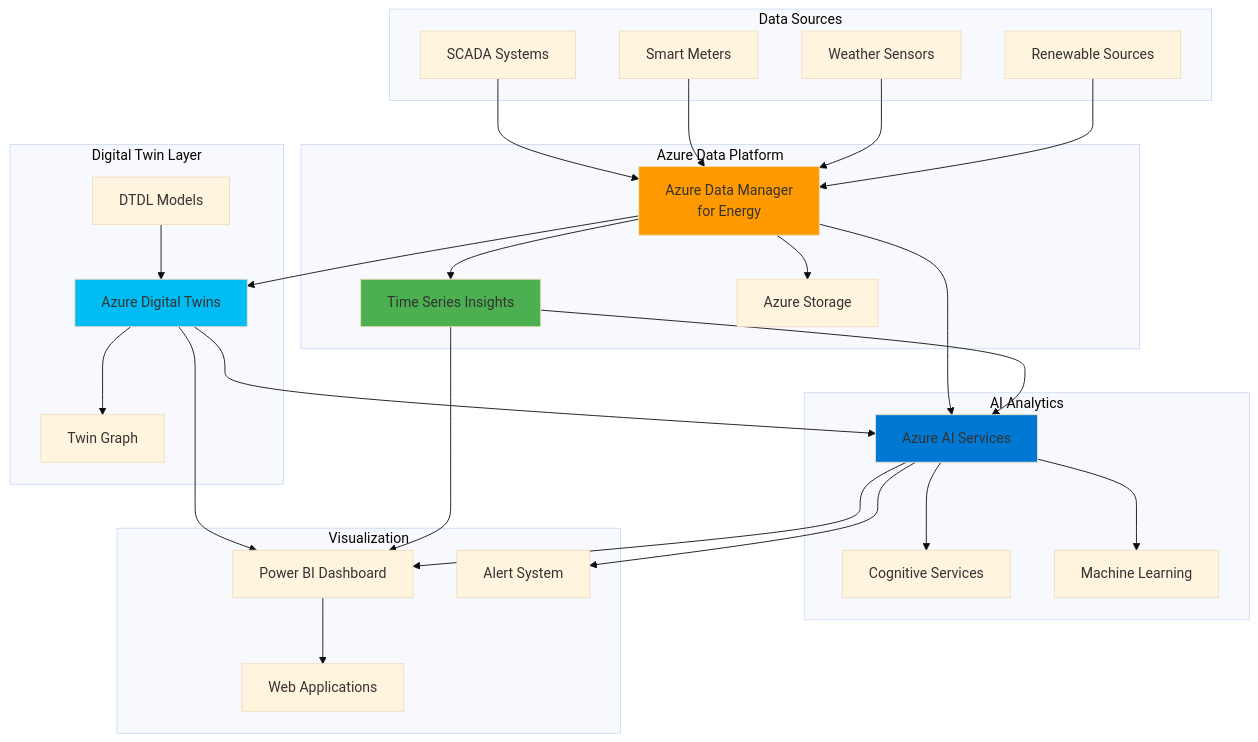
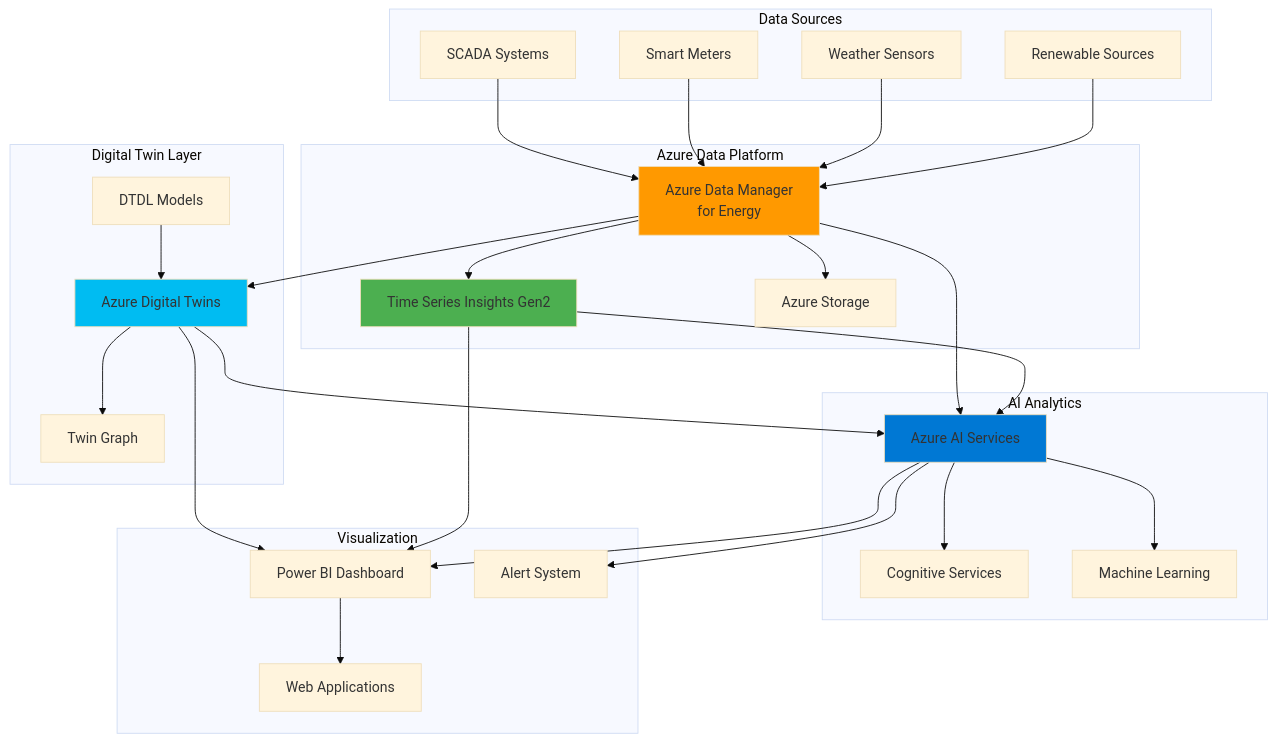
One commit to mzazon/awesome-cloud-projects changed the diagram in azure/smart-energy-grid-analytics-digital-twins/smart-energy-grid-analytics-digital-twins.md. Above: the diagram before and after it, drawn with Mermaid (base theme). The commit also changed other lines of this file and 5581 other files, not shown here.

````diff
--- a/azure/smart-energy-grid-analytics-digital-twins/smart-energy-grid-analytics-digital-twins.md
+++ b/azure/smart-energy-grid-analytics-digital-twins/smart-energy-grid-analytics-digital-twins.md
@@ -30,64 +30,64 @@
 ```mermaid
 graph TB
     subgraph "Data Sources"
         SCADA[SCADA Systems]
         SMART[Smart Meters]
         WEATHER[Weather Sensors]
         RENEWABLE[Renewable Sources]
     end
     
     subgraph "Azure Data Platform"
         ADM[Azure Data Manager<br/>for Energy]
-        TSI[Time Series Insights]
+        TSI[Time Series Insights Gen2]
         STORAGE[Azure Storage]
     end
     
     subgraph "Digital Twin Layer"
         ADT[Azure Digital Twins]
         DTDL[DTDL Models]
         GRAPH[Twin Graph]
     end
     
     subgraph "AI Analytics"
         AI[Azure AI Services]
         COGNITIVE[Cognitive Services]
         ML[Machine Learning]
     end
     
     subgraph "Visualization"
         DASHBOARD[Power BI Dashboard]
         WEB[Web Applications]
         ALERTS[Alert System]
     end
     
     SCADA --> ADM
     SMART --> ADM
     WEATHER --> ADM
     RENEWABLE --> ADM
     
     ADM --> TSI
     ADM --> STORAGE
     ADM --> ADT
     
     DTDL --> ADT
     ADT --> GRAPH
     
     ADM --> AI
     TSI --> AI
     ADT --> AI
     
     AI --> COGNITIVE
     AI --> ML
     
     ADT --> DASHBOARD
     AI --> DASHBOARD
     TSI --> DASHBOARD
     
     DASHBOARD --> WEB
     AI --> ALERTS
     
     style ADM fill:#FF9900
     style ADT fill:#00BCF2
     style AI fill:#0078D4
     style TSI fill:#4CAF50
 ```
````
